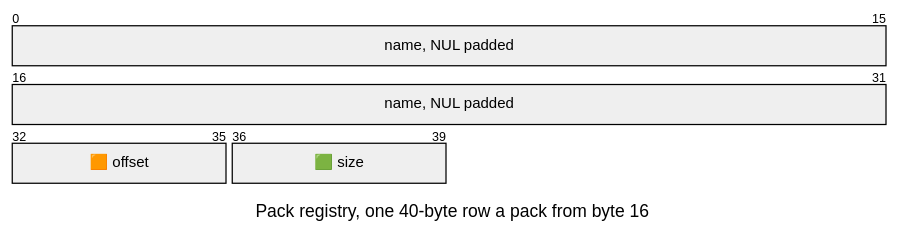
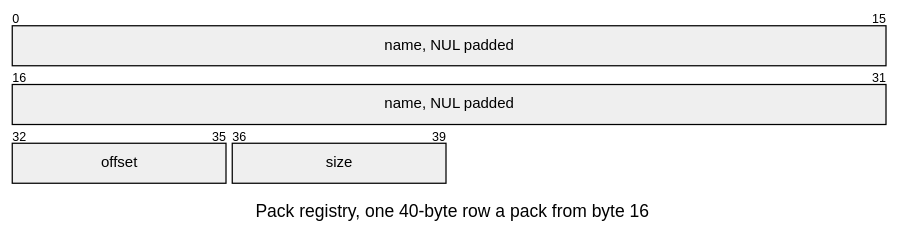
The second of 2 diagrams in docs/assets/formats/ABDR.md (jose-villegas/autana), drawn with Mermaid before and after one commit. The commit also changed other lines of this file and 13 other files, not shown here.

Commit message:
formats: fill each packet box by its field's role through themeCSS the role gate writes, replacing the label squares (autana-edcif)

````diff
--- a/docs/assets/formats/ABDR.md
+++ b/docs/assets/formats/ABDR.md
@@ -22,13 +23,14 @@
 ```mermaid
 ---
 config:
+  themeCSS: "g:nth-of-type(2) rect:nth-of-type(1) { fill: #e3e3e3 !important; } g:nth-of-type(3) rect:nth-of-type(1) { fill: #e3e3e3 !important; } g:nth-of-type(4) rect:nth-of-type(1) { fill: #f4a885 !important; } g:nth-of-type(4) rect:nth-of-type(2) { fill: #93d6b0 !important; } .packetLabel { fill: #1b1b1b !important; }"
   packet:
     bitsPerRow: 16
     bitWidth: 44
 ---
 packet-beta
 title Pack registry, one 40-byte row a pack from byte 16
 0-31: "name, NUL padded"
-32-35: "🟧 offset"
-36-39: "🟩 size"
+32-35: "offset"
+36-39: "size"
 ```
````
